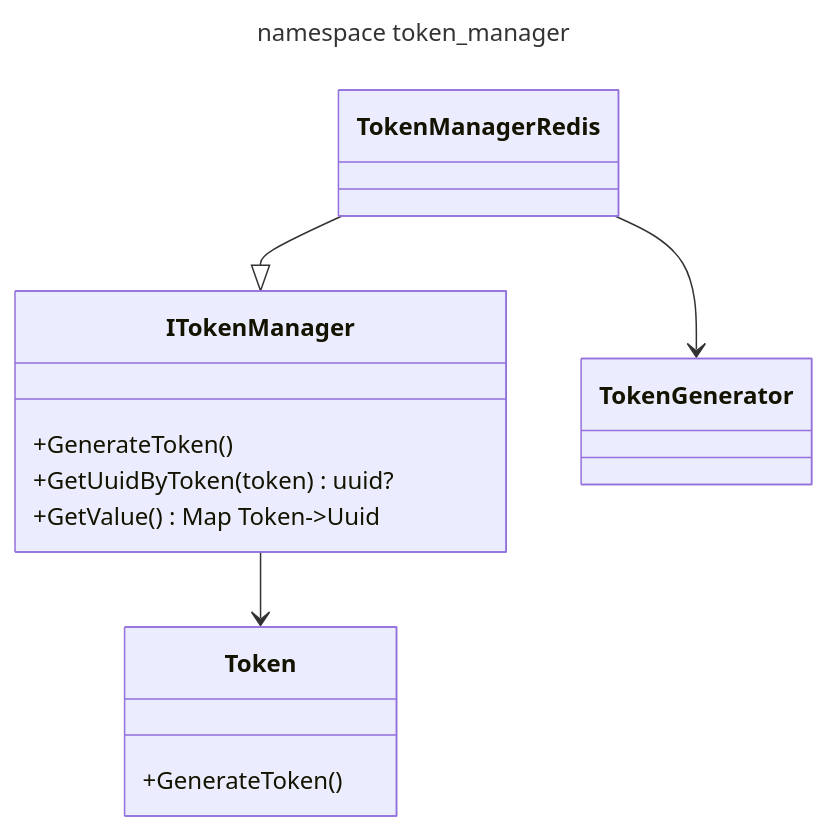
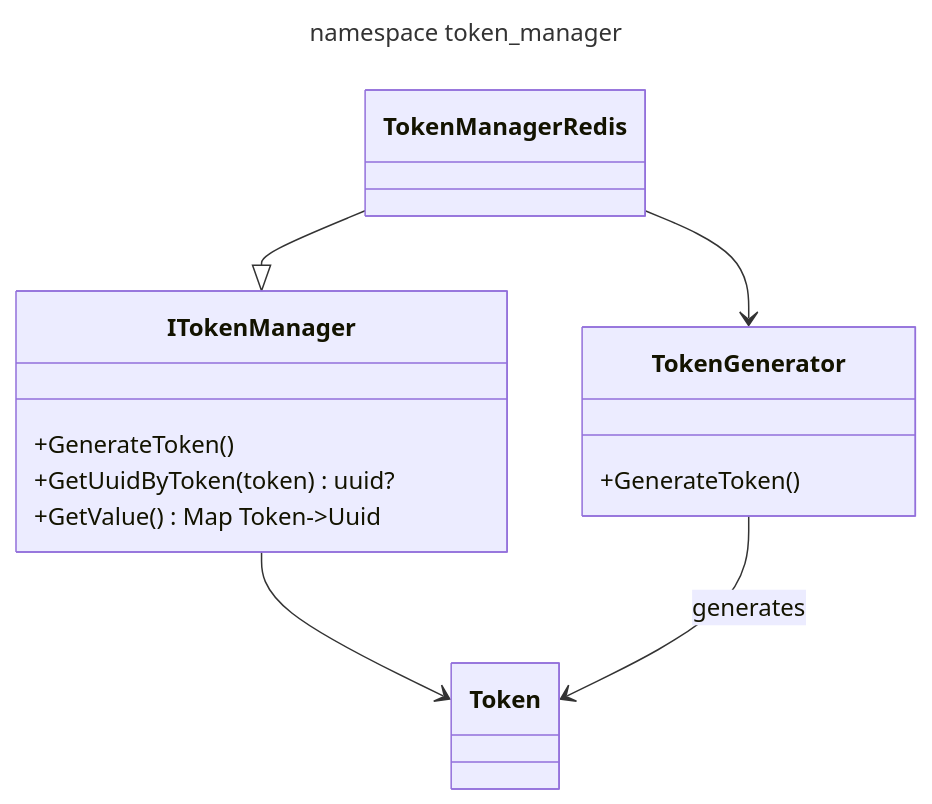
The diagram in docs/token_manager.md (LeeDoor/game_webserver), drawn with Mermaid before and after one commit. The commit also changed 2 other files, not shown here.

````diff
--- a/docs/token_manager.md
+++ b/docs/token_manager.md
@@ -15,22 +15,23 @@
 ```mermaid
 ---
 title: namespace token_manager
 ---
 
 classDiagram
 	class ITokenManager{
 		+GenerateToken()
 		+GetUuidByToken(token) uuid?
 		+GetValue() Map Token->Uuid
 	}
 	class TokenManagerRedis{
 	}
 	class Token{
-		+GenerateToken()
 	}
 	class TokenGenerator{
+		+GenerateToken()
 	}
 	ITokenManager --> Token
 	TokenManagerRedis --|> ITokenManager
 	TokenManagerRedis --> TokenGenerator
+	TokenGenerator -->Token: generates
 ```
````
